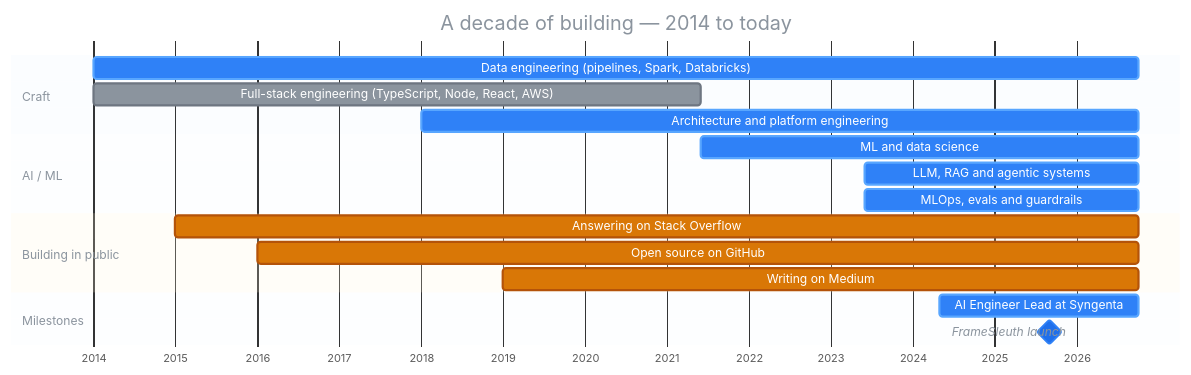
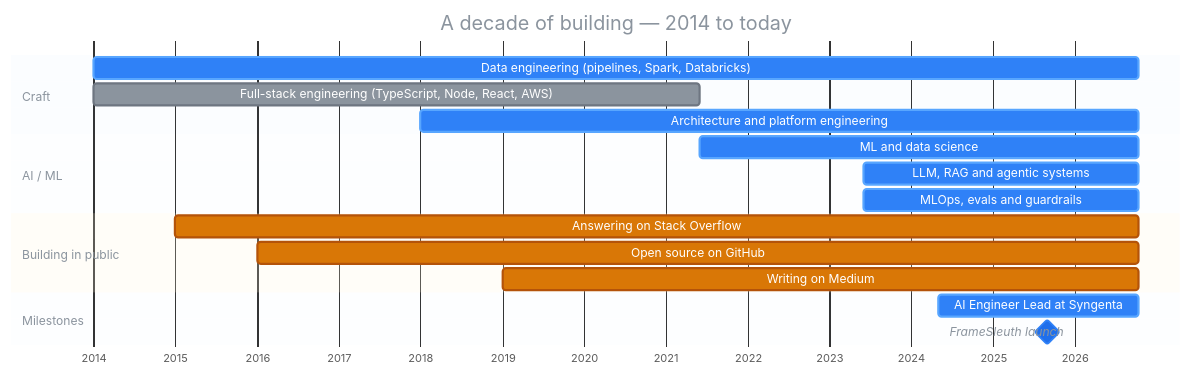
The first of 2 diagrams in README.md (santoshshinde2012/santoshshinde2012), drawn with Mermaid before and after one commit. The commit also changed other lines of this file, not shown here.

Commit message:
chore: refresh shipping summary

````diff
--- a/README.md
+++ b/README.md
@@ -130,27 +130,27 @@
 ```mermaid
 %%{init: {'theme':'base','themeVariables':{'fontFamily':'Fira Code, monospace','taskBkgColor':'#1F6FEB','taskBorderColor':'#2F81F7','activeTaskBkgColor':'#2F81F7','activeTaskBorderColor':'#58A6FF','doneTaskBkgColor':'#8B949E','doneTaskBorderColor':'#6E7681','critBkgColor':'#D97706','critBorderColor':'#B45309','critTextColor':'#ffffff','milestoneBkgColor':'#238636','milestoneBorderColor':'#2EA043','taskTextColor':'#ffffff','taskTextDarkColor':'#ffffff','taskTextLightColor':'#ffffff','taskTextOutsideColor':'#8B949E','gridColor':'#30363D','todayLineColor':'#F85149','titleColor':'#8B949E','sectionBkgColor':'#2F81F714','altSectionBkgColor':'#2F81F70A'}}}%%
 gantt
     title A decade of building — 2014 to today
     dateFormat YYYY-MM-DD
     axisFormat %Y
     tickInterval 1year
 
     section Craft
-    Data engineering (pipelines, Spark, Databricks)      :active, de,   2014-01-01, 2026-10-05
+    Data engineering (pipelines, Spark, Databricks)      :active, de,   2014-01-01, 2026-10-12
     Full-stack engineering (TypeScript, Node, React, AWS) :done,   fs,   2014-01-01, 2021-06-01
-    Architecture and platform engineering                :active, arch, 2018-01-01, 2026-10-05
+    Architecture and platform engineering                :active, arch, 2018-01-01, 2026-10-12
 
     section AI / ML
-    ML and data science                                  :active, ml,   2021-06-01, 2026-10-05
-    LLM, RAG and agentic systems                         :active, llm,  2023-06-01, 2026-10-05
-    MLOps, evals and guardrails                          :active, ops,  2023-06-01, 2026-10-05
+    ML and data science                                  :active, ml,   2021-06-01, 2026-10-12
+    LLM, RAG and agentic systems                         :active, llm,  2023-06-01, 2026-10-12
+    MLOps, evals and guardrails                          :active, ops,  2023-06-01, 2026-10-12
 
     section Building in public
-    Answering on Stack Overflow                          :crit, so,   2015-01-01, 2026-10-05
-    Open source on GitHub                                :crit, gh,   2016-01-01, 2026-10-05
-    Writing on Medium                                    :crit, med,  2019-01-01, 2026-10-05
+    Answering on Stack Overflow                          :crit, so,   2015-01-01, 2026-10-12
+    Open source on GitHub                                :crit, gh,   2016-01-01, 2026-10-12
+    Writing on Medium                                    :crit, med,  2019-01-01, 2026-10-12
 
     section Milestones
-    AI Engineer Lead at Syngenta                         :active,    syn, 2024-05-01, 2026-10-05
+    AI Engineer Lead at Syngenta                         :active,    syn, 2024-05-01, 2026-10-12
     FrameSleuth launch                                   :milestone, fsl, 2025-09-01, 0d
 ```
````
